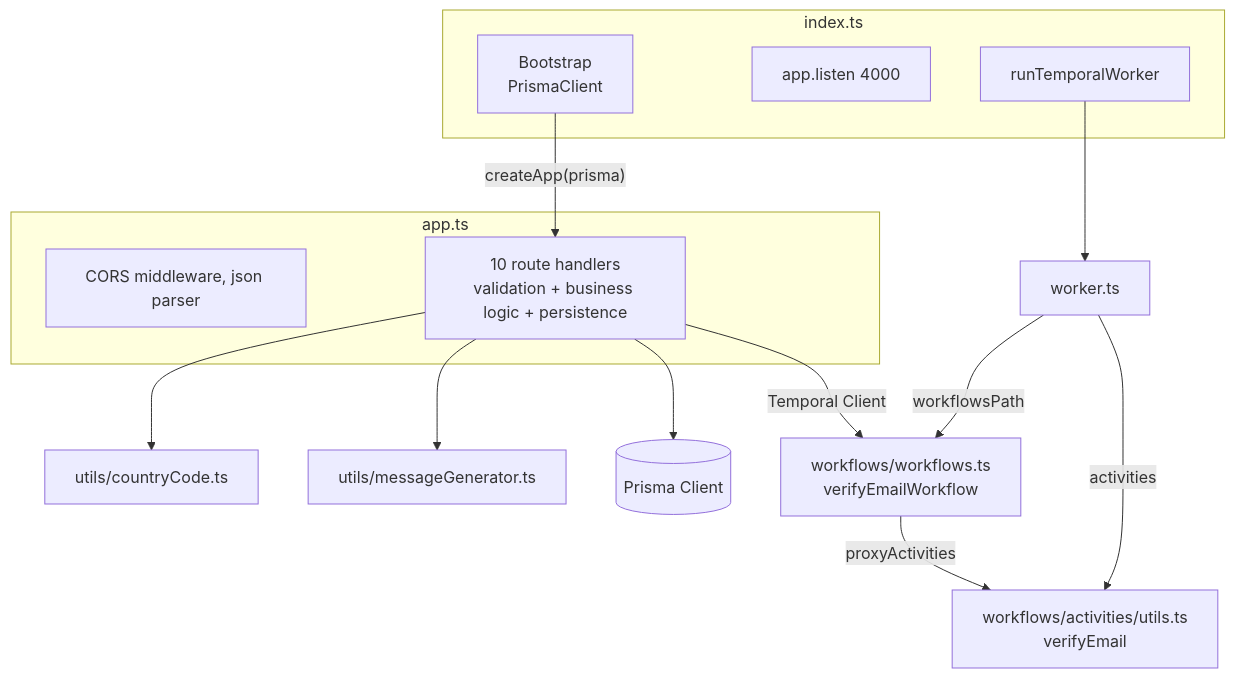
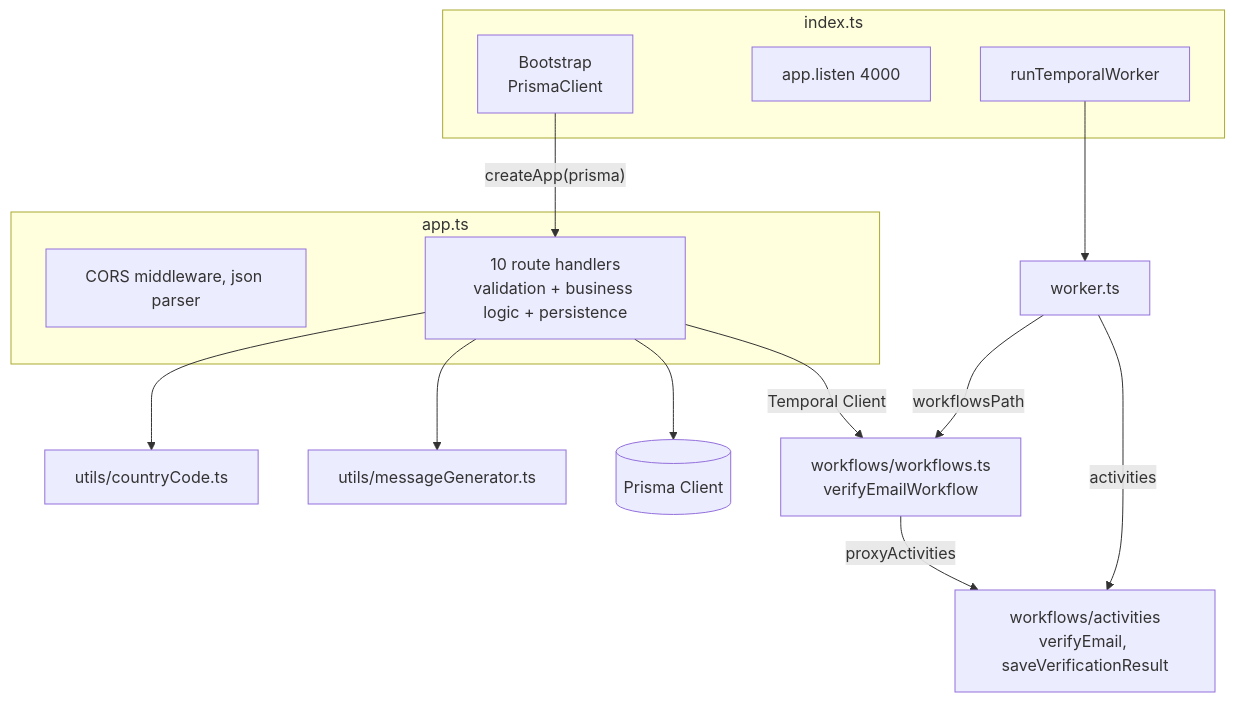
Before and after one commit to Genesy-AI/technical-task-sergi-cortes: the first of 3 diagrams in design/architecture/02-backend.md, drawn with Mermaid. The commit also changed other lines of this file and 7 other files, not shown here.

First line of the commit message:
docs: document background email verification

````diff
--- a/design/architecture/02-backend.md
+++ b/design/architecture/02-backend.md
@@ -8,28 +8,28 @@
 ```mermaid
 flowchart TB
     subgraph index.ts
         BOOT[Bootstrap<br/>PrismaClient]
         LISTEN[app.listen 4000]
         RUNW[runTemporalWorker]
     end
     subgraph app.ts
         CORS[CORS middleware, json parser]
         ROUTES[10 route handlers<br/>validation + business logic + persistence]
     end
     BOOT -- "createApp(prisma)" --> ROUTES
     MSG[utils/messageGenerator.ts]
     CC[utils/countryCode.ts]
     ROUTES --> CC
     WF[workflows/workflows.ts<br/>verifyEmailWorkflow]
-    ACT[workflows/activities/utils.ts<br/>verifyEmail]
+    ACT[workflows/activities<br/>verifyEmail, saveVerificationResult]
     WORKER[worker.ts]
     PRISMA[(Prisma Client)]
 
     ROUTES --> MSG
     ROUTES --> PRISMA
     ROUTES -- "Temporal Client" --> WF
     RUNW --> WORKER
     WORKER -- "workflowsPath" --> WF
     WORKER -- "activities" --> ACT
     WF -- "proxyActivities" --> ACT
 ```
````
